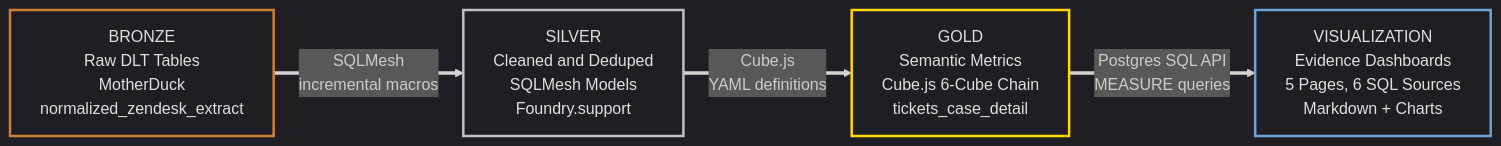
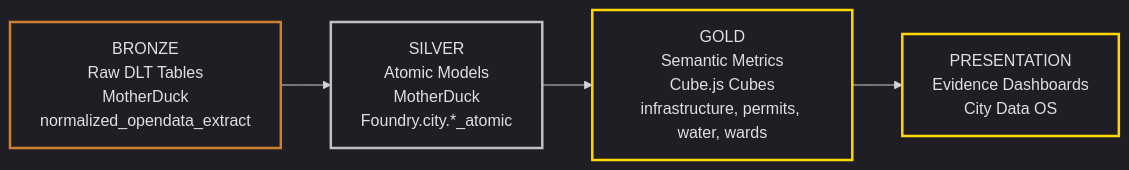
The eighth of 9 diagrams in Documentation/Architecture/system-architecture.md (MetricForge-Analytics-Inc/MetricForge-City-Foundation), drawn with Mermaid before and after one commit. The commit also changed other lines of this file and 93 other files, not shown here.

````diff
--- a/Documentation/Architecture/system-architecture.md
+++ b/Documentation/Architecture/system-architecture.md
@@ -394,17 +272,14 @@
 ```mermaid
 %%{init: {'theme': 'dark', 'themeVariables': {'mainBkg': 'transparent', 'nodeBorder': '#555', 'clusterBkg': 'transparent', 'clusterBorder': '#555'}}}%%
 flowchart LR
     classDef bronze fill:none,color:#e0e0e0,stroke:#cd7f32,stroke-width:2.5px
     classDef silver fill:none,color:#e0e0e0,stroke:#c0c0c0,stroke-width:2.5px
     classDef gold fill:none,color:#e0e0e0,stroke:#ffd700,stroke-width:2.5px
-    classDef vizstyle fill:none,color:#e0e0e0,stroke:#6ba3d6,stroke-width:2.5px
 
-    B["BRONZE<br/>Raw DLT Tables<br/>MotherDuck<br/>normalized_zendesk_extract"]:::bronze
-    S["SILVER<br/>Cleaned and Deduped<br/>SQLMesh Models<br/>Foundry.support"]:::silver
-    G["GOLD<br/>Semantic Metrics<br/>Cube.js 6-Cube Chain<br/>tickets_case_detail"]:::gold
-    V["VISUALIZATION<br/>Evidence Dashboards<br/>5 Pages, 6 SQL Sources<br/>Markdown + Charts"]:::vizstyle
+    B["BRONZE<br/>Raw DLT Tables<br/>MotherDuck<br/>normalized_opendata_extract"]:::bronze
+    S["SILVER<br/>Atomic Models<br/>MotherDuck<br/>Foundry.city.*_atomic"]:::silver
+    G["GOLD<br/>Semantic Metrics<br/>Cube.js Cubes<br/>infrastructure, permits, water, wards"]:::gold
+    P["PRESENTATION<br/>Evidence Dashboards<br/>City Data OS"]:::gold
 
-    B ==>|"SQLMesh<br/>incremental macros"| S
-    S ==>|"Cube.js<br/>YAML definitions"| G
-    G ==>|"Postgres SQL API<br/>MEASURE queries"| V
+    B --> S --> G --> P
 ```
````
